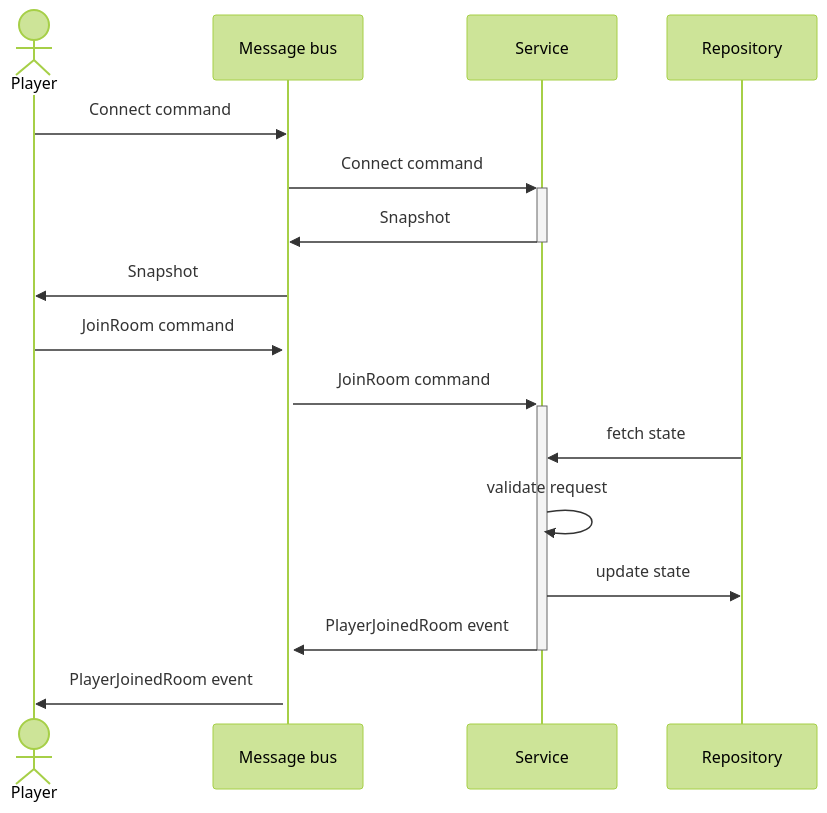
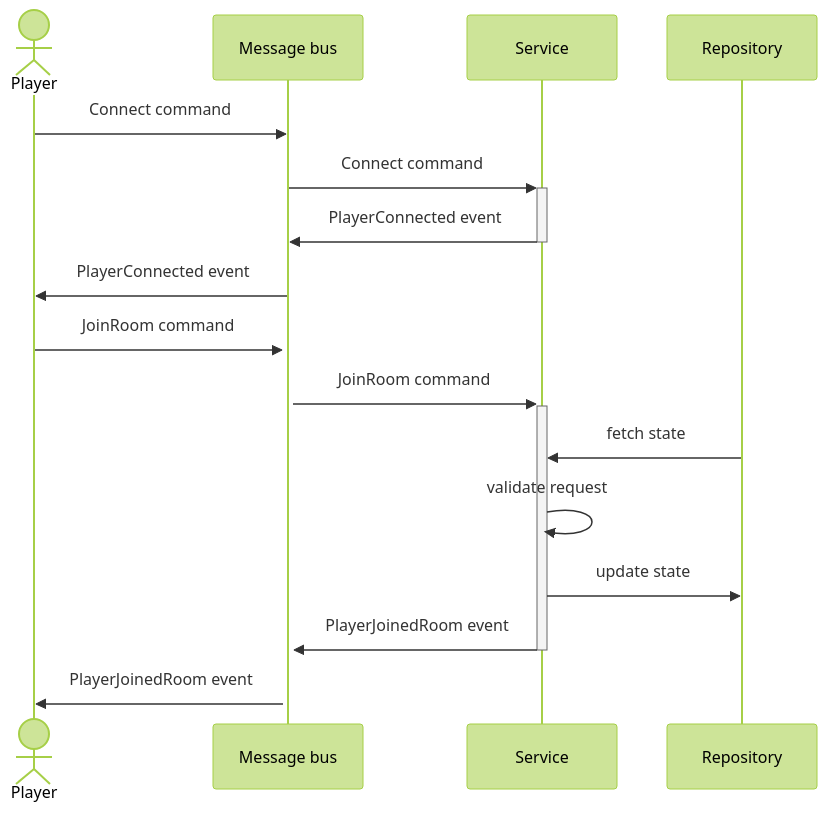
One commit to epifab/bastoni changed the second of 3 diagrams in README.md. Above: the diagram before and after it, drawn with Mermaid (forest theme). The commit also changed other lines of this file and 11 other files, not shown here.

Commit message:
Message queue, message bus

````diff
--- a/README.md
+++ b/README.md
@@ -77,19 +77,19 @@
 ```mermaid
 sequenceDiagram
     actor Player
     participant Message bus
     participant Service
     participant Repository
     
     Player->>Message bus: Connect command
     Message bus->>+Service: Connect command
-    Service->>-Message bus: Snapshot
-    Message bus->>Player: Snapshot
+    Service->>-Message bus: PlayerConnected event
+    Message bus->>Player: PlayerConnected event
     Player->>+Message bus: JoinRoom command
     Message bus->>+Service: JoinRoom command
     Repository->>Service: fetch state
     Service->>Service: validate request
     Service->>Repository: update state
     Service->>-Message bus: PlayerJoinedRoom event
     Message bus->>Player: PlayerJoinedRoom event
 ```
````
